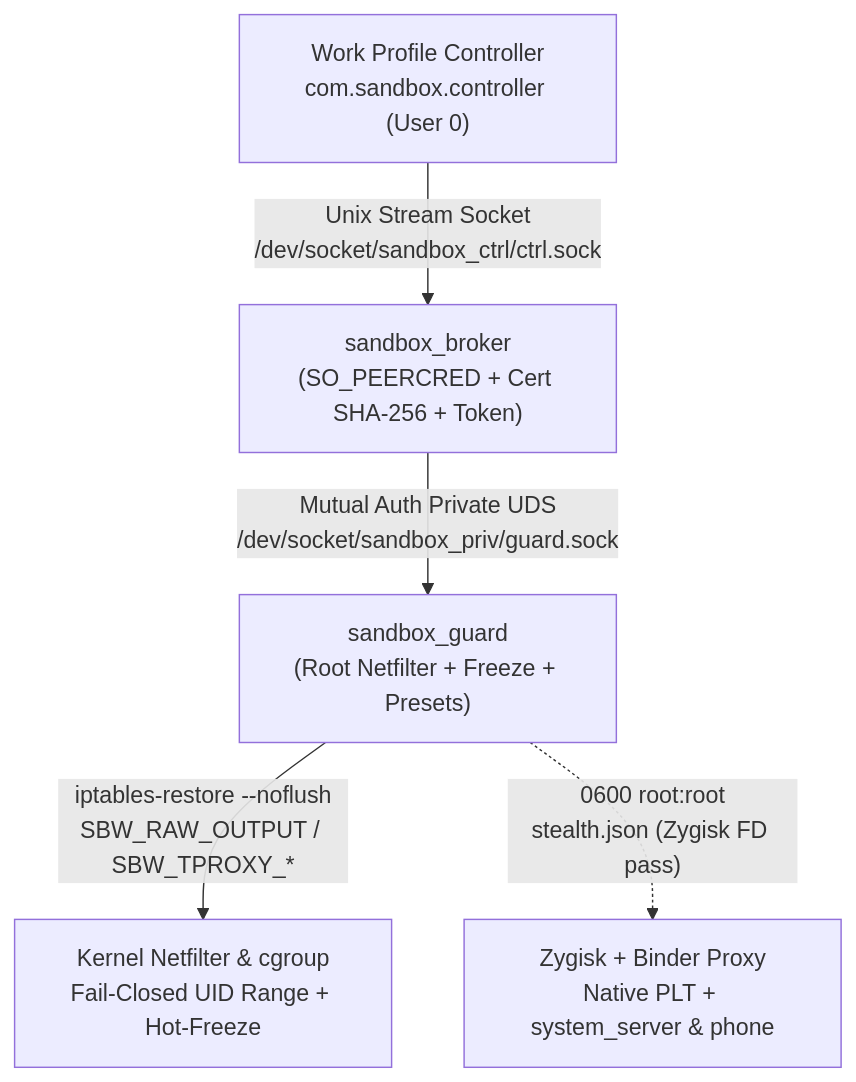
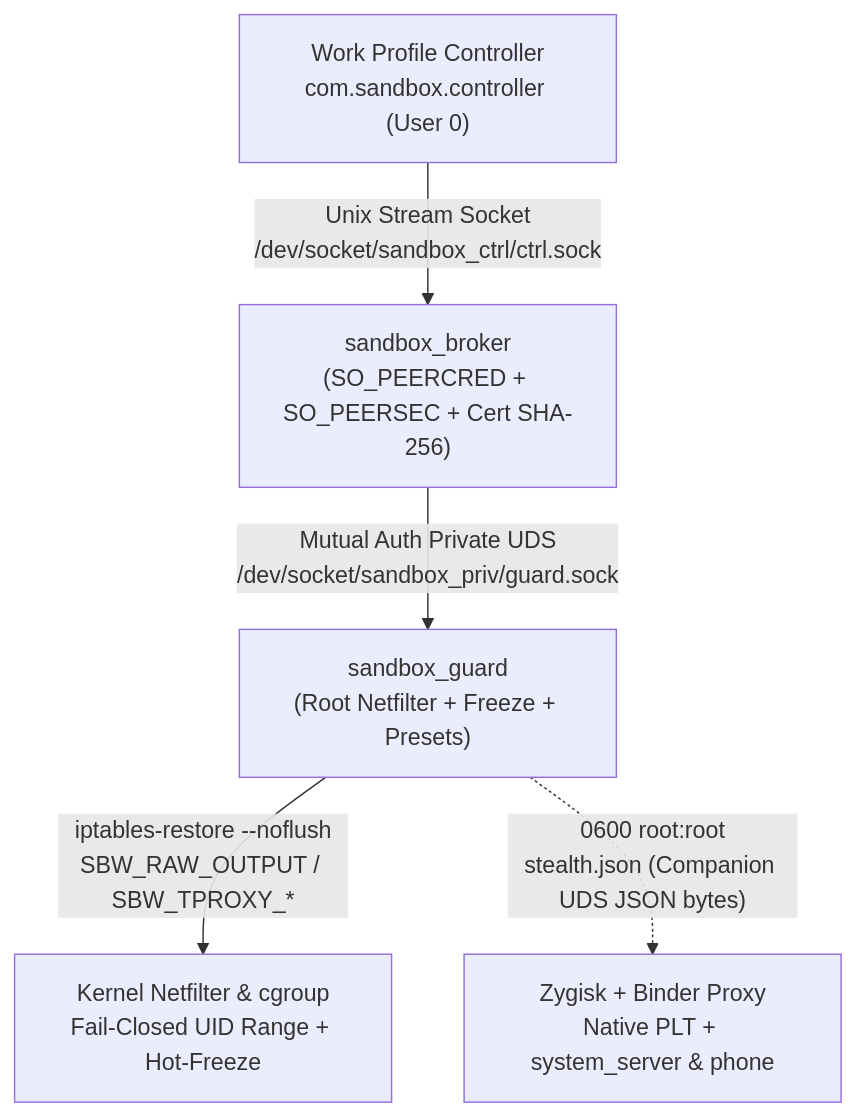
Before and after one commit to Touka404x/KernBox: the first of 2 diagrams in ARCHITECTURE.md, drawn with Mermaid. The commit also changed 14 other files, not shown here.

````diff
--- a/ARCHITECTURE.md
+++ b/ARCHITECTURE.md
@@ -7,7 +7,7 @@
 ```mermaid
 flowchart TD
-    Ctrl["Work Profile Controller<br/>com.sandbox.controller (User 0)"] -->|"Unix Stream Socket<br/>/dev/socket/sandbox_ctrl/ctrl.sock"| Broker["sandbox_broker<br/>(SO_PEERCRED + Cert SHA-256 + Token)"]
+    Ctrl["Work Profile Controller<br/>com.sandbox.controller (User 0)"] -->|"Unix Stream Socket<br/>/dev/socket/sandbox_ctrl/ctrl.sock"| Broker["sandbox_broker<br/>(SO_PEERCRED + SO_PEERSEC + Cert SHA-256)"]
     Broker -->|"Mutual Auth Private UDS<br/>/dev/socket/sandbox_priv/guard.sock"| Guard["sandbox_guard<br/>(Root Netfilter + Freeze + Presets)"]
     Guard -->|"iptables-restore --noflush<br/>SBW_RAW_OUTPUT / SBW_TPROXY_*"| Kernel["Kernel Netfilter &amp; cgroup<br/>Fail-Closed UID Range + Hot-Freeze"]
-    Guard -.->|"0600 root:root<br/>stealth.json (Zygisk FD pass)"| Stealth["Zygisk + Binder Proxy<br/>Native PLT + system_server &amp; phone"]
+    Guard -.->|"0600 root:root<br/>stealth.json (Companion UDS JSON bytes)"| Stealth["Zygisk + Binder Proxy<br/>Native PLT + system_server &amp; phone"]
 ```
````
